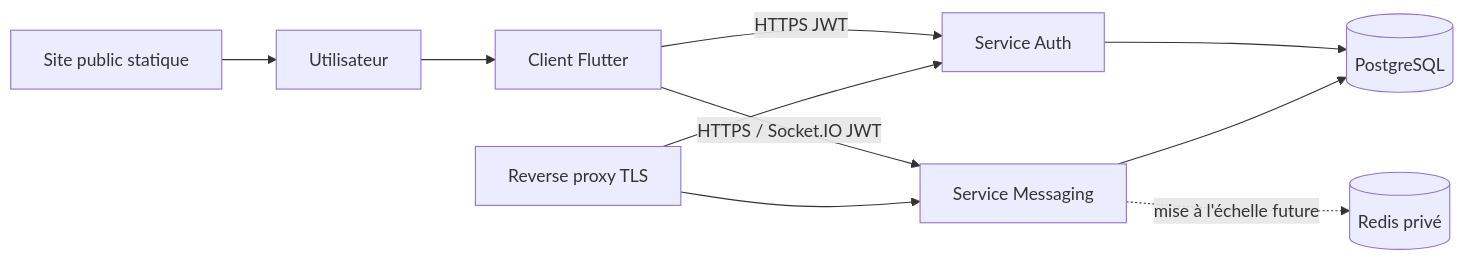
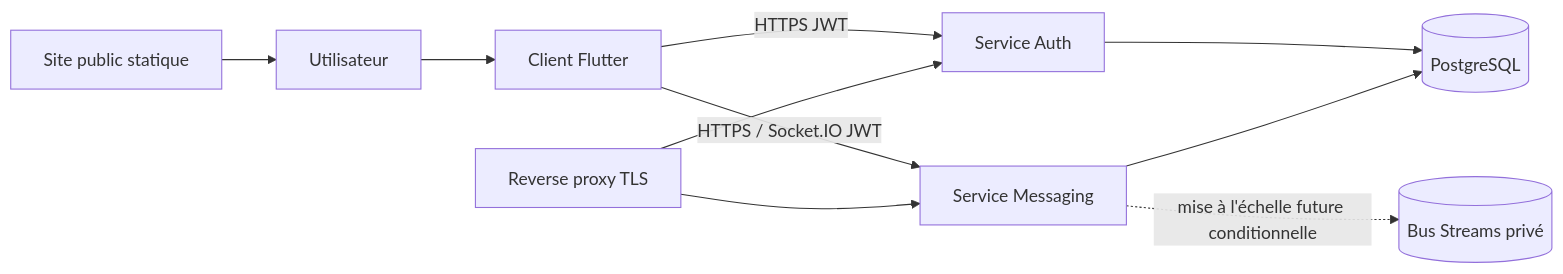
The diagram in docs/architecture/SYSTEM.md (antoroute/Trust-Circle), drawn with Mermaid before and after one commit. The commit also changed other lines of this file and 9 other files, not shown here.

````diff
--- a/docs/architecture/SYSTEM.md
+++ b/docs/architecture/SYSTEM.md
@@ -8,12 +8,12 @@
 ```mermaid
 flowchart LR
     U[Utilisateur] --> C[Client Flutter]
     C -->|HTTPS JWT| A[Service Auth]
     C -->|HTTPS / Socket.IO JWT| M[Service Messaging]
     A --> P[(PostgreSQL)]
     M --> P
-    M -. mise à l'échelle future .-> R[(Redis privé)]
+    M -. mise à l'échelle future conditionnelle .-> R[(Bus Streams privé)]
     W[Site public statique] --> U
     RP[Reverse proxy TLS] --> A
     RP --> M
 ```
````
